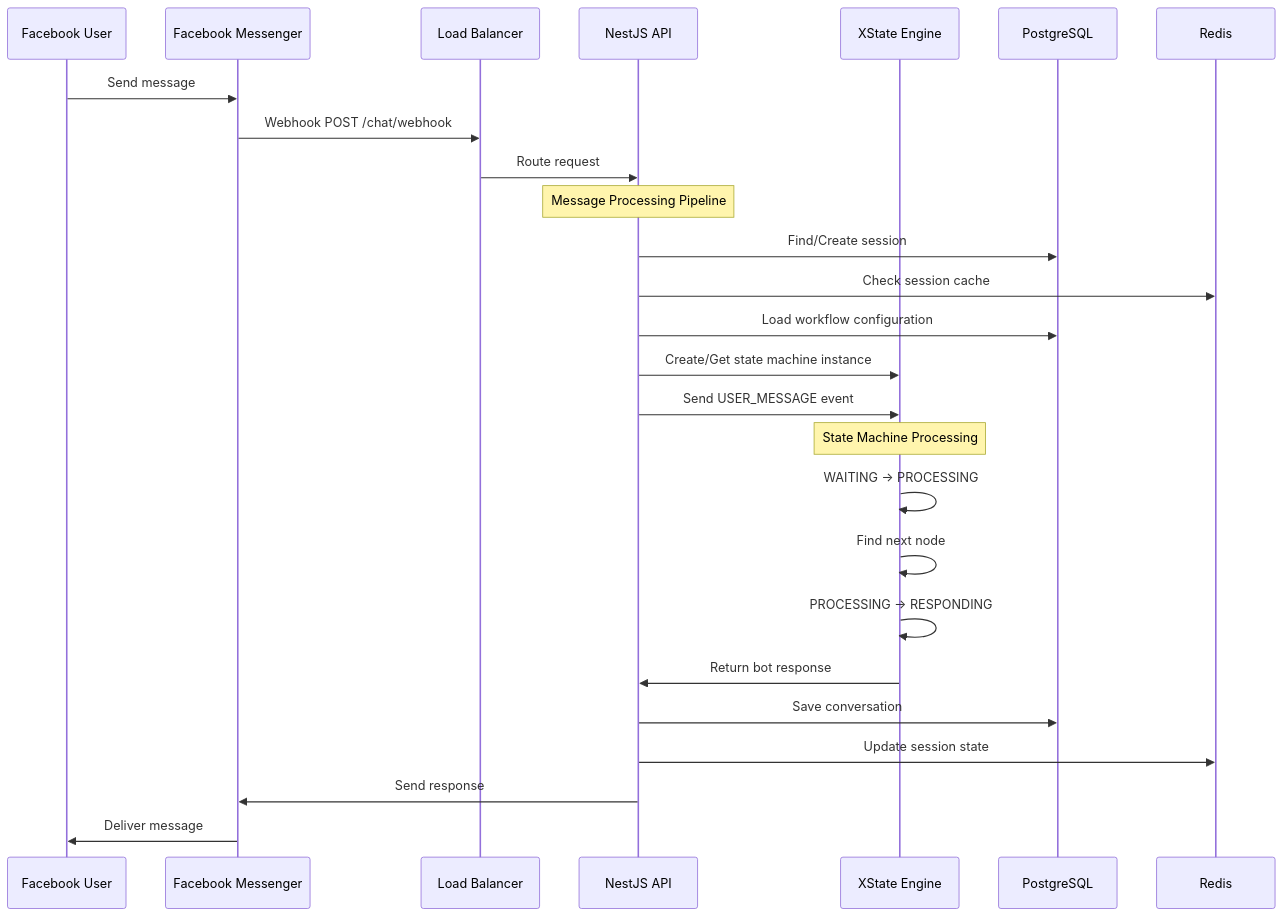
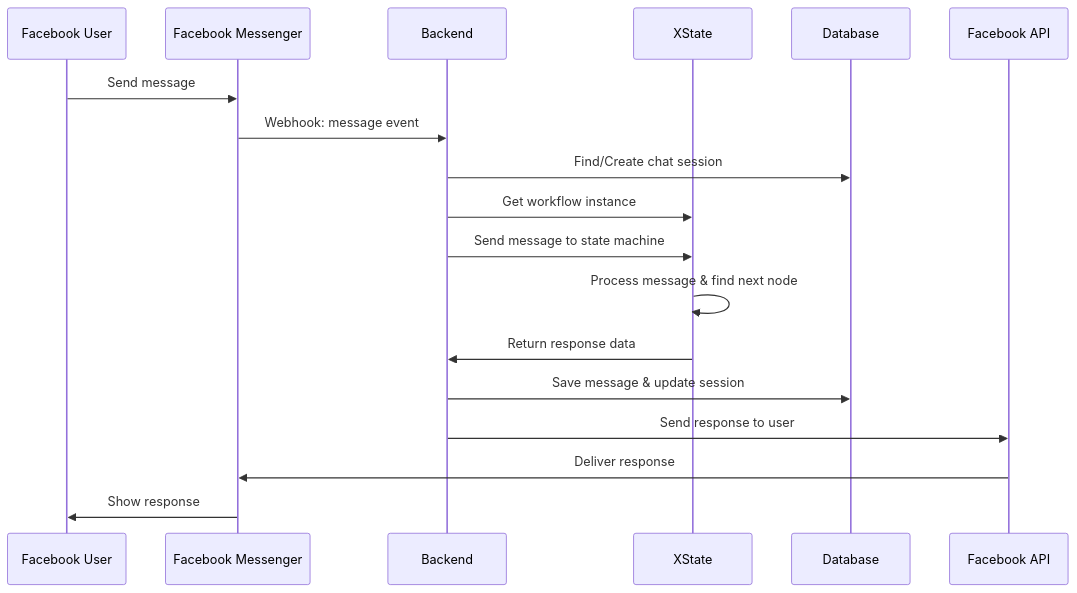
One commit to dat-j/last-hope changed the third of 5 diagrams in docs/SYSTEM_ARCHITECTURE.md. Above: the diagram before and after it, drawn with Mermaid. The commit also changed other lines of this file and 9 other files, not shown here.

````diff
--- a/docs/SYSTEM_ARCHITECTURE.md
+++ b/docs/SYSTEM_ARCHITECTURE.md
@@ -93,32 +135,21 @@
 ```mermaid
 sequenceDiagram
-    participant FBU as Facebook User
-    participant FB as Facebook Messenger
-    participant LB as Load Balancer
-    participant API as NestJS API
-    participant XS as XState Engine
-    participant DB as PostgreSQL
-    participant Cache as Redis
-
-    FBU->>FB: Send message
-    FB->>LB: Webhook POST /chat/webhook
-    LB->>API: Route request
+    participant FB_User as Facebook User
+    participant FB_Messenger as Facebook Messenger
+    participant Backend
+    participant XState
+    participant Database
+    participant FB_API as Facebook API
     
-    Note over API: Message Processing Pipeline
-    API->>DB: Find/Create session
-    API->>Cache: Check session cache
-    API->>DB: Load workflow configuration
-    API->>XS: Create/Get state machine instance
-    API->>XS: Send USER_MESSAGE event
-    
-    Note over XS: State Machine Processing
-    XS->>XS: WAITING → PROCESSING
-    XS->>XS: Find next node
-    XS->>XS: PROCESSING → RESPONDING
-    XS->>API: Return bot response
-    
-    API->>DB: Save conversation
-    API->>Cache: Update session state
-    API->>FB: Send response
-    FB->>FBU: Deliver message
+    FB_User->>FB_Messenger: Send message
+    FB_Messenger->>Backend: Webhook: message event
+    Backend->>Database: Find/Create chat session
+    Backend->>XState: Get workflow instance
+    Backend->>XState: Send message to state machine
+    XState->>XState: Process message & find next node
+    XState->>Backend: Return response data
+    Backend->>Database: Save message & update session
+    Backend->>FB_API: Send response to user
+    FB_API->>FB_Messenger: Deliver response
+    FB_Messenger->>FB_User: Show response
 ```
````
